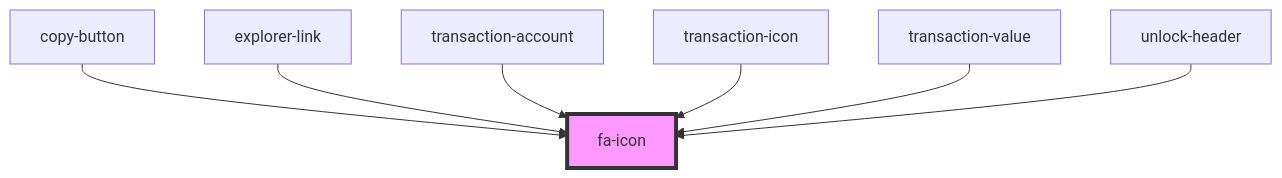
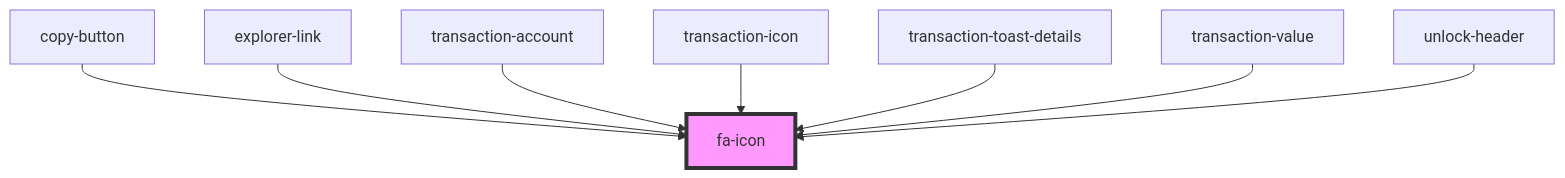
The diagram in src/components/visual/fa-icon/readme.md (multiversx/mx-sdk-dapp-ui), drawn with Mermaid before and after one commit. The commit also changed other lines of this file and 15 other files, not shown here.

````diff
--- a/src/components/visual/fa-icon/readme.md
+++ b/src/components/visual/fa-icon/readme.md
@@ -27,10 +28,11 @@
 ```mermaid
 graph TD;
   copy-button --> fa-icon
   explorer-link --> fa-icon
   transaction-account --> fa-icon
   transaction-icon --> fa-icon
+  transaction-toast-details --> fa-icon
   transaction-value --> fa-icon
   unlock-header --> fa-icon
   style fa-icon fill:#f9f,stroke:#333,stroke-width:4px
 ```
````
